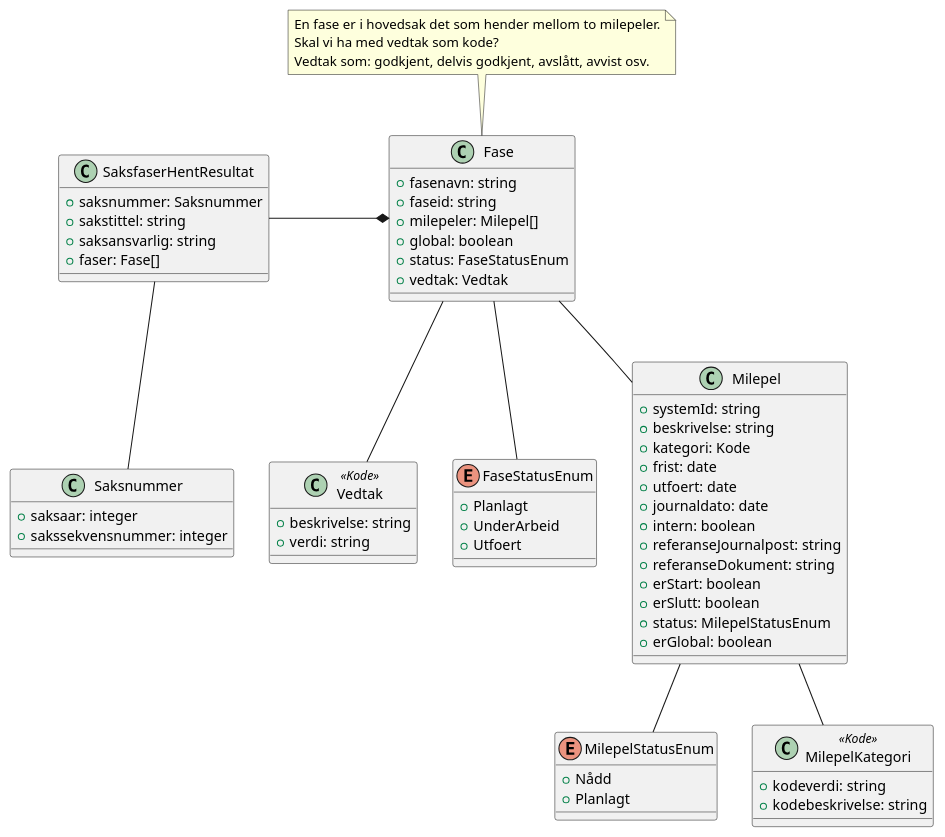
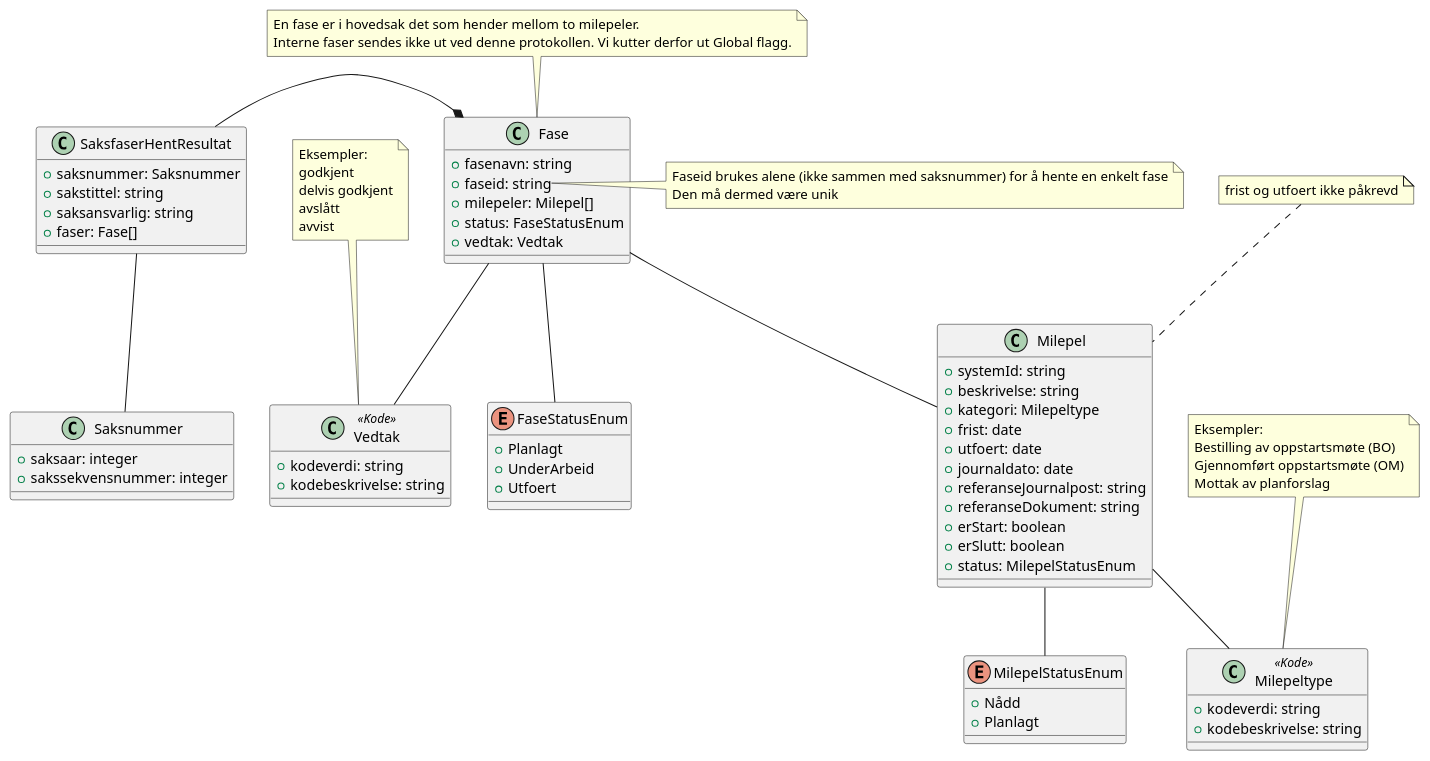
One commit to ks-no/fiks-saksfaser-specification changed the diagram in Dokumentasjon/V1/ClassDiagrams/no.ks.fiks.saksfaser.v1.saksfaser.hent.resultat/classdiagram.pu. Above: the diagram before and after it, drawn with PlantUML. The commit also changed 15 other files, not shown here.

Commit message:
Oppdaterte diagrammer etter møtet 18.09.2024

```diff
--- a/Dokumentasjon/V1/ClassDiagrams/no.ks.fiks.saksfaser.v1.saksfaser.hent.resultat/classdiagram.pu
+++ b/Dokumentasjon/V1/ClassDiagrams/no.ks.fiks.saksfaser.v1.saksfaser.hent.resultat/classdiagram.pu
@@ -1,74 +1,82 @@
 @startuml
 class SaksfaserHentResultat {
     +saksnummer: Saksnummer
     +sakstittel: string
     +saksansvarlig: string
     +faser: Fase[]
 }
 
 SaksfaserHentResultat -* Fase
 SaksfaserHentResultat -- Saksnummer
 
-note top of Fase : En fase er i hovedsak det som hender mellom to milepeler.\nSkal vi ha med vedtak som kode?\nVedtak som: godkjent, delvis godkjent, avslått, avvist osv. 
+note top of Fase : En fase er i hovedsak det som hender mellom to milepeler.\nInterne faser sendes ikke ut ved denne protokollen. Vi kutter derfor ut Global flagg. 
 
 class Fase {
     +fasenavn: string
     +faseid: string
     +milepeler: Milepel[]
-    +global: boolean
     +status: FaseStatusEnum
     +vedtak: Vedtak
 }
 
+note right of Fase::faseid
+    Faseid brukes alene (ikke sammen med saksnummer) for å hente en enkelt fase
+    Den må dermed være unik 
+end note
+
 Fase -- Vedtak
 
+note top of Vedtak : Eksempler:\ngodkjent\ndelvis godkjent\navslått\navvist 
+
 class Vedtak <<Kode>> {
-    +beskrivelse: string
-    +verdi: string
+    +kodeverdi: string
+    +kodebeskrivelse: string
 }
 
 Fase -- FaseStatusEnum
 
 enum FaseStatusEnum {
     +Planlagt
     +UnderArbeid
     +Utfoert
 }
 
 Fase -- Milepel
 
+note top of Milepel: frist og utfoert ikke påkrevd
+
 class Milepel {
     +systemId: string
     +beskrivelse: string
-    +kategori: Kode
+    +kategori: Milepeltype
     +frist: date
     +utfoert: date
     +journaldato: date
-    +intern: boolean
     +referanseJournalpost: string
     +referanseDokument: string
     +erStart: boolean
     +erSlutt: boolean
     +status: MilepelStatusEnum
-    +erGlobal: boolean
 }
 
 Milepel -- MilepelStatusEnum
-Milepel -- MilepelKategori
+Milepel -- Milepeltype
 
-class MilepelKategori <<Kode>> {
+note top of Milepeltype : Eksempler: \nBestilling av oppstartsmøte (BO)\nGjennomført oppstartsmøte (OM)\nMottak av planforslag
+ 
+class Milepeltype <<Kode>> {
     +kodeverdi: string
     +kodebeskrivelse: string
 }
 
 enum MilepelStatusEnum {
     +Nådd
     +Planlagt
 }
 
 class Saksnummer {
     +saksaar: integer
     +sakssekvensnummer: integer 
 }
 
 @enduml
```
